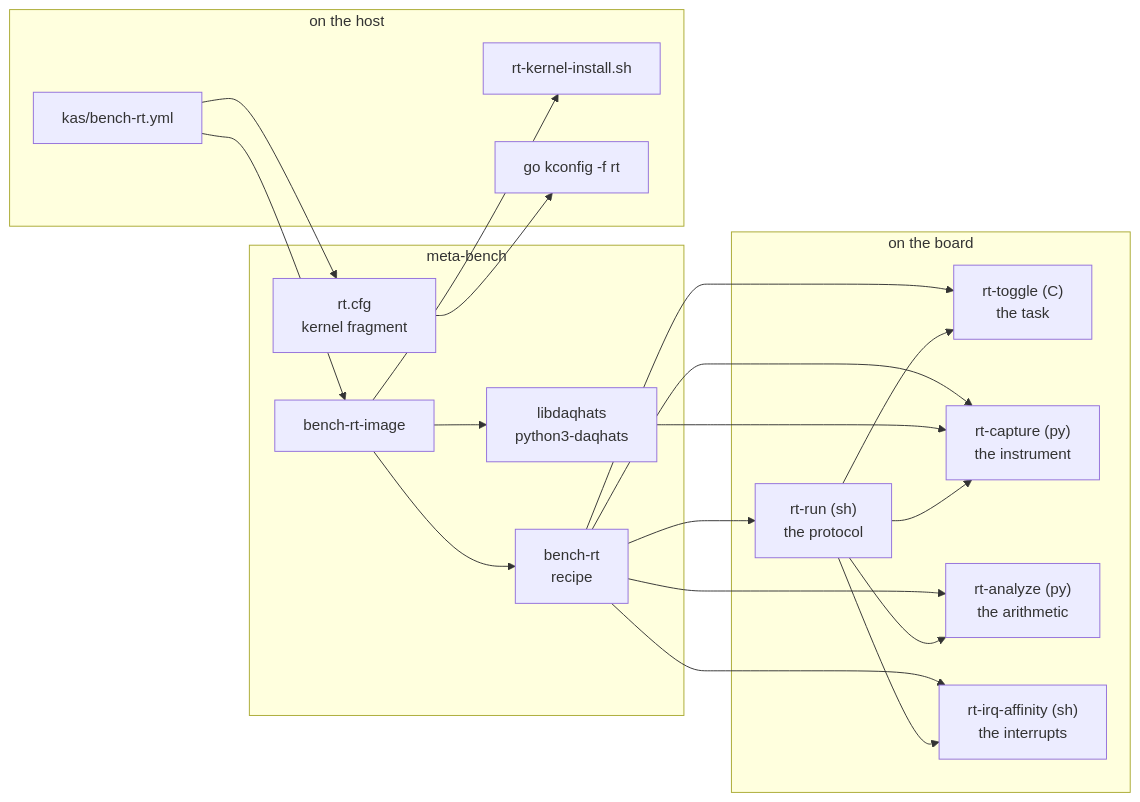
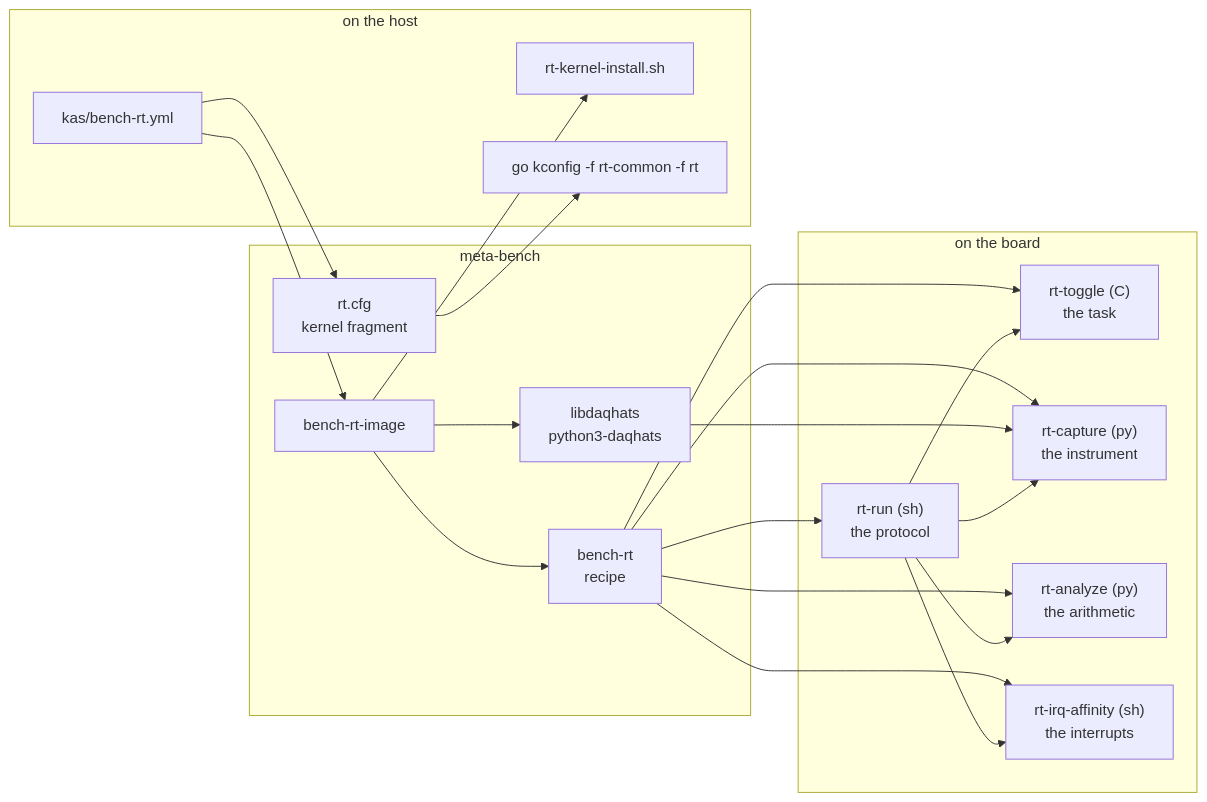
The second of 3 diagrams in projects/08-preempt-rt/docs/DESIGN.md (ambrosiobing/embedded-linux), drawn with Mermaid before and after one commit. The commit also changed 15 other files, not shown here.

````diff
--- a/projects/08-preempt-rt/docs/DESIGN.md
+++ b/projects/08-preempt-rt/docs/DESIGN.md
@@ -266,40 +266,40 @@
 ```mermaid
 flowchart LR
     subgraph layer["meta-bench"]
         rtcfg["rt.cfg<br/>kernel fragment"]
         recipe["bench-rt<br/>recipe"]
         img["bench-rt-image"]
         daq["libdaqhats<br/>python3-daqhats"]
     end
 
     subgraph board["on the board"]
         toggle["rt-toggle (C)<br/>the task"]
         capture["rt-capture (py)<br/>the instrument"]
         analyze["rt-analyze (py)<br/>the arithmetic"]
         irq["rt-irq-affinity (sh)<br/>the interrupts"]
         run["rt-run (sh)<br/>the protocol"]
     end
 
     subgraph host["on the host"]
         kas["kas/bench-rt.yml"]
         install["rt-kernel-install.sh"]
-        kconf["go kconfig -f rt"]
+        kconf["go kconfig -f rt-common -f rt"]
     end
 
     kas --> rtcfg
     kas --> img
     rtcfg --> kconf
     recipe --> toggle
     recipe --> capture
     recipe --> analyze
     recipe --> irq
     recipe --> run
     img --> recipe
     img --> daq
     daq --> capture
     img --> install
     run --> toggle
     run --> capture
     run --> analyze
     run --> irq
 ```
````
